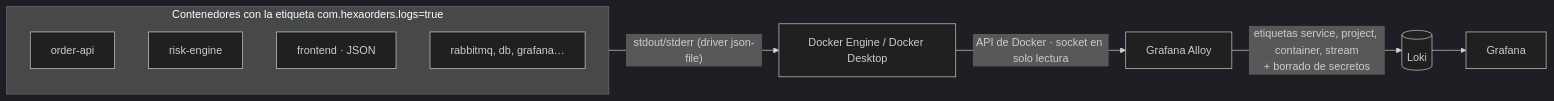
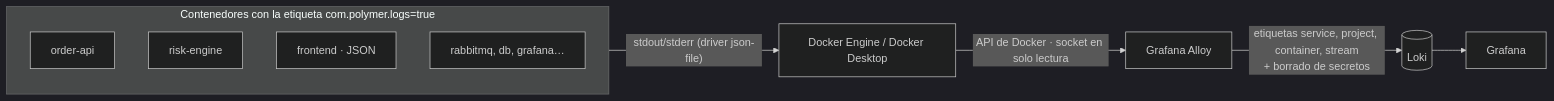
The second of 3 diagrams in docs/OBSERVABILITY_STACK.md (rgabrielmatosm/Hexaorders---Arquitectura-Hexagonal-Proyecto-AED-II-), drawn with Mermaid (dark theme) before and after one commit. The commit also changed other lines of this file and 488 other files, not shown here.

````diff
--- a/docs/OBSERVABILITY_STACK.md
+++ b/docs/OBSERVABILITY_STACK.md
@@ -46,13 +46,13 @@
 ```mermaid
 flowchart LR
-    subgraph contenedores ["Contenedores con la etiqueta com.hexaorders.logs=true"]
+    subgraph contenedores ["Contenedores con la etiqueta com.polymer.logs=true"]
         A[order-api]
         B[risk-engine]
         C[frontend · JSON]
         D[rabbitmq, db, grafana…]
     end
     contenedores -->|"stdout/stderr (driver json-file)"| DK[Docker Engine / Docker Desktop]
     DK -->|"API de Docker · socket en solo lectura"| AL[Grafana Alloy]
     AL -->|"etiquetas service, project, container, stream<br/>+ borrado de secretos"| LK[(Loki)]
     LK --> G[Grafana]
 ```
````
